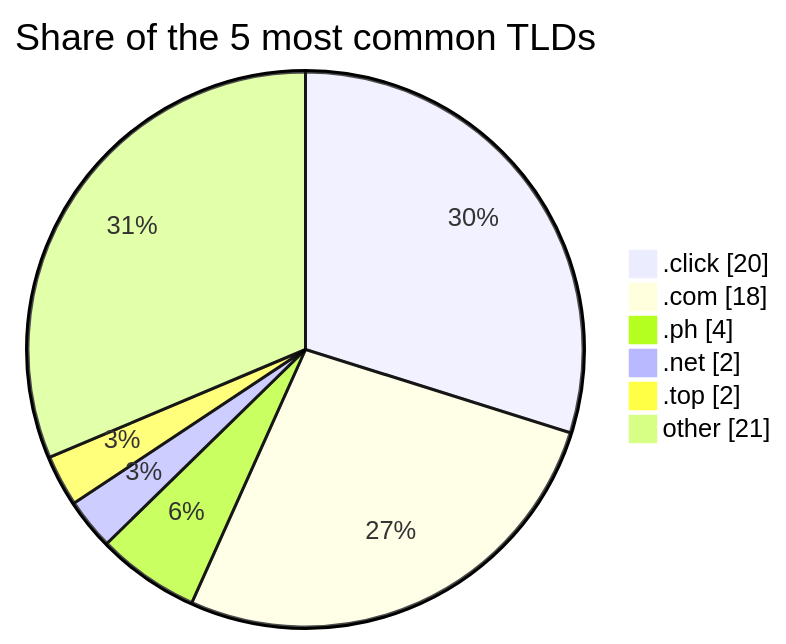
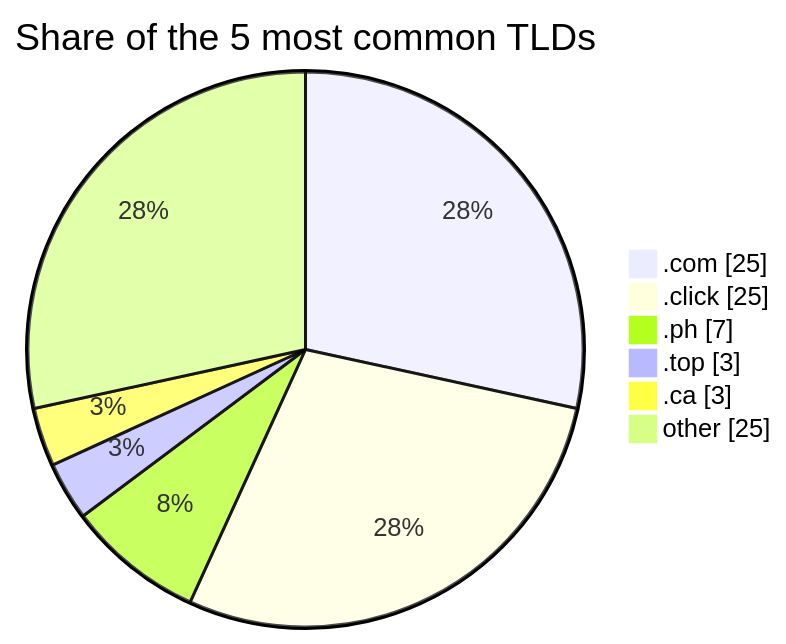
Before and after one commit to DNSBunker/CTI: the second of 2 diagrams in README.md, drawn with Mermaid. The commit also changed other lines of this file and 3 other files, not shown here.

````diff
--- a/README.md
+++ b/README.md
@@ -72,9 +72,9 @@
 ```mermaid
 pie showData title Share of the 5 most common TLDs
-    ".click" : 20
-    ".com" : 18
-    ".ph" : 4
-    ".net" : 2
-    ".top" : 2
-    "other" : 21
+    ".com" : 25
+    ".click" : 25
+    ".ph" : 7
+    ".top" : 3
+    ".ca" : 3
+    "other" : 25
 ```
````
